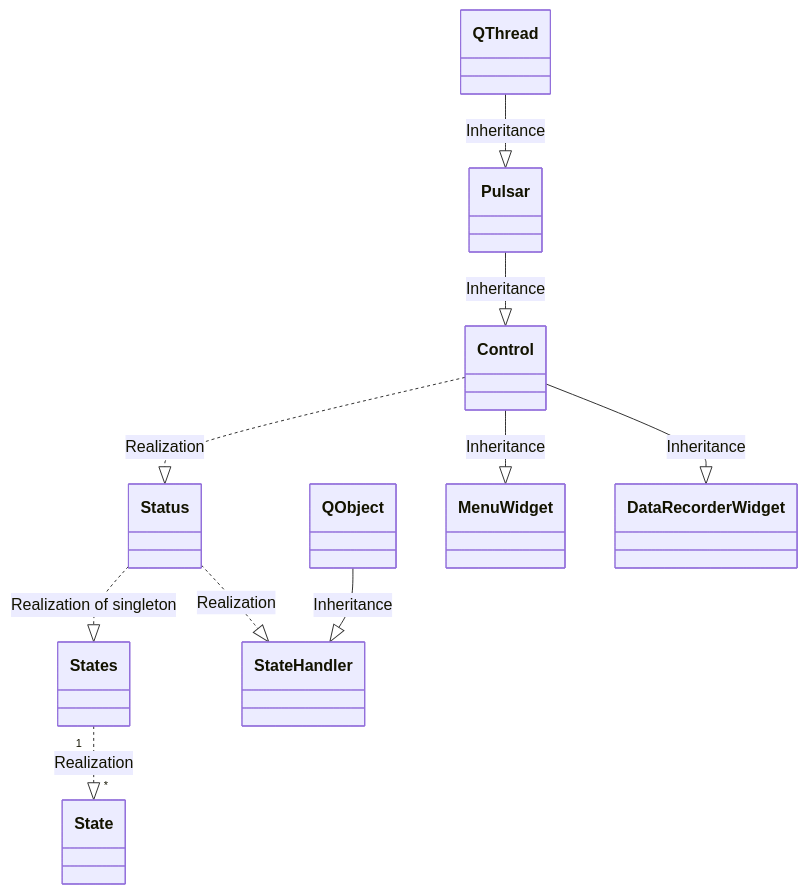
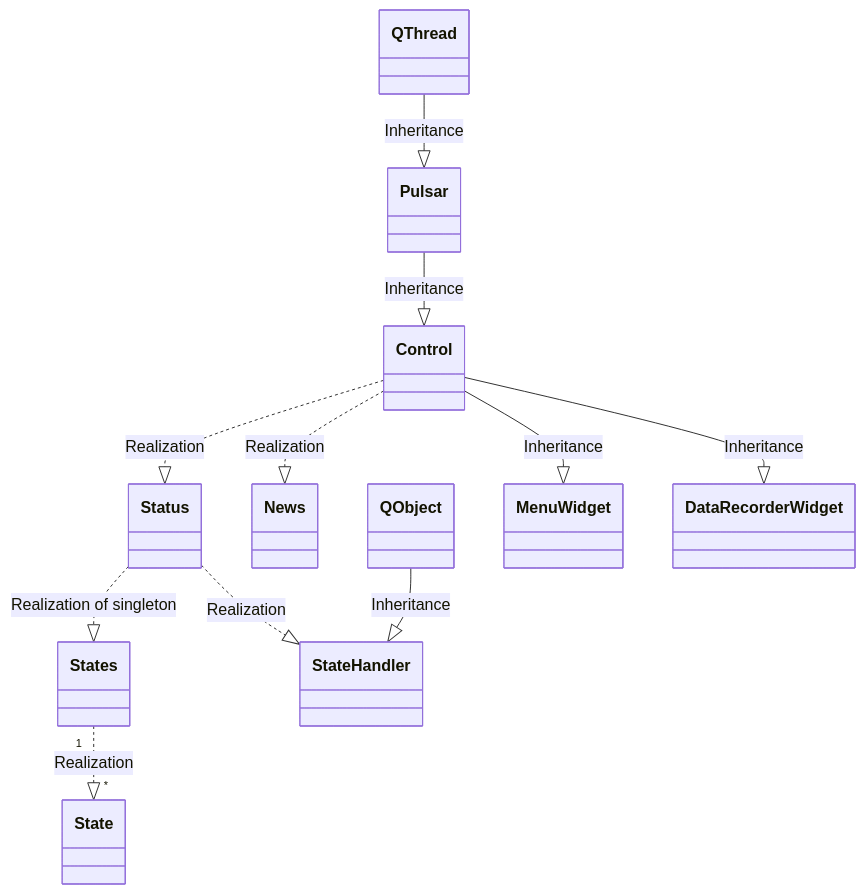
The diagram in README.md (tud-hri/joan), drawn with Mermaid before and after one commit. The commit also changed other lines of this file and 10 other files, not shown here.

````diff
--- a/README.md
+++ b/README.md
@@ -28,22 +29,24 @@
 ```mermaid
     classDiagram
         class Status
+        class News
         class State
         class States
         class StateHandler
         class Pulsar
         class QObject
         class QThread
         class MenuWidget
         class DataRecorderWidget
 
         States "1" ..|> "*" State : Realization
         Status ..|> States : Realization of singleton
         Status ..|> StateHandler : Realization
         QObject --|> StateHandler : Inheritance
         QThread --|> Pulsar : Inheritance
         Pulsar --|> Control : Inheritance
         Control ..|> Status : Realization
+        Control ..|> News : Realization
         Control --|> MenuWidget : Inheritance
         Control  --|> DataRecorderWidget : Inheritance
 ```
````
